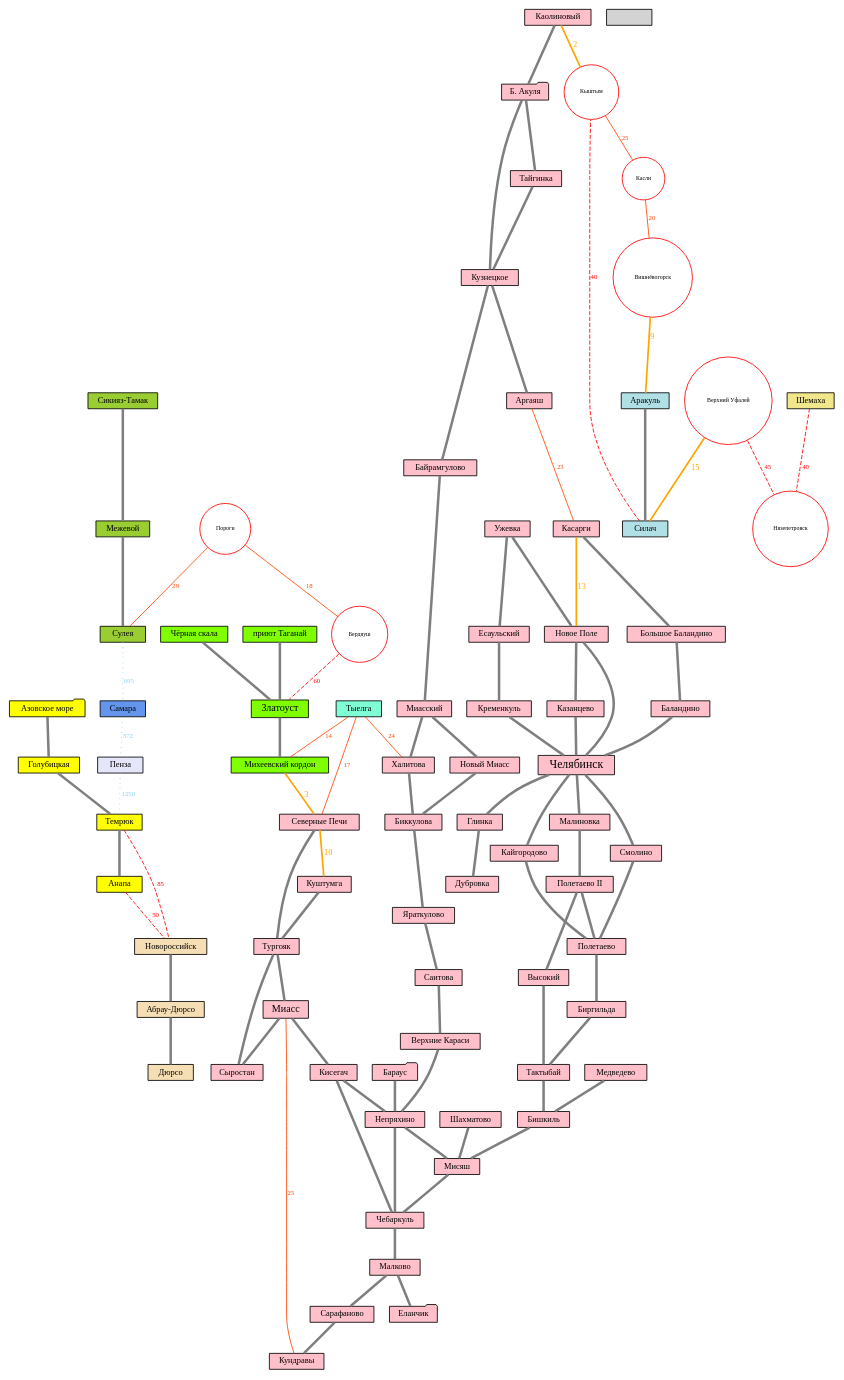
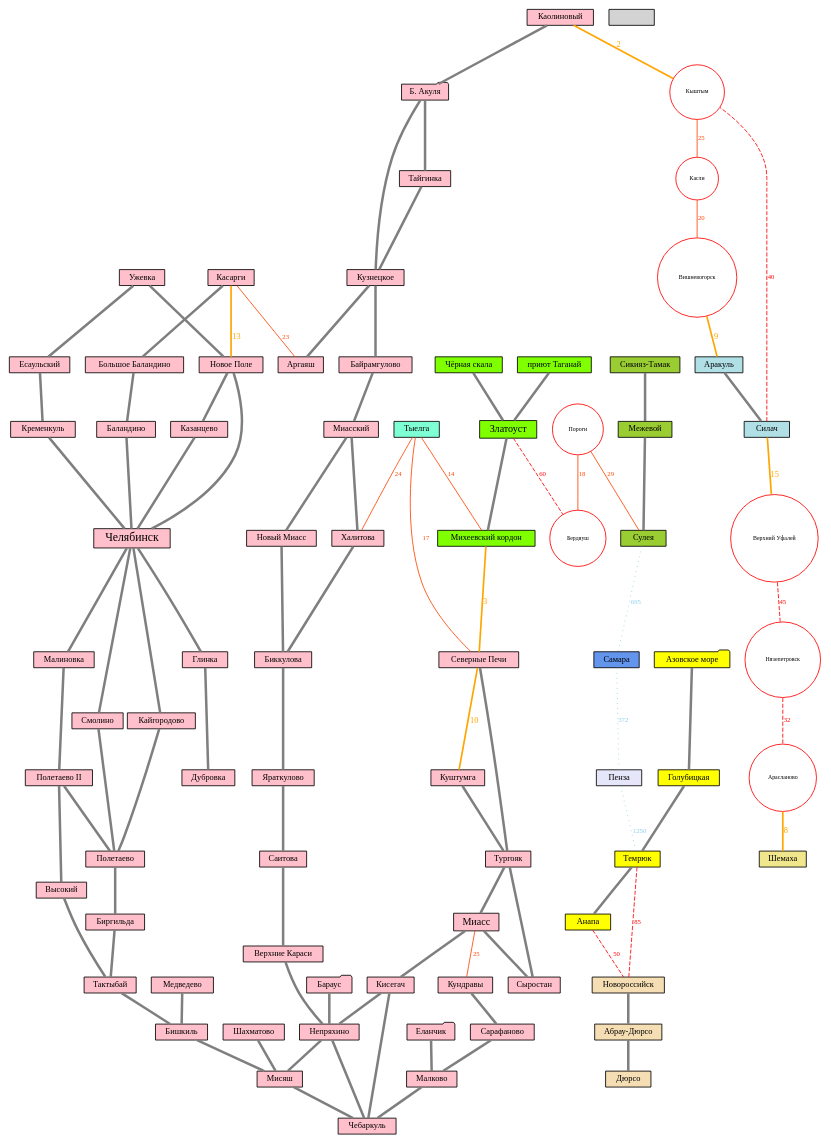
The diagram in bike-area.dot (shoorick/bike-area), drawn with Graphviz before and after one commit. The commit also changed 2 other files, not shown here.

```diff
--- a/bike-area.dot
+++ b/bike-area.dot
@@ -1,142 +1,143 @@
 graph G {
     node [ shape=box, fontsize=10, fontname="Droid Sans", style=filled, height=0.2 ]
     edge [ color=gray50, penwidth=3, fontname="Droid Sans" ]
     graph [ overlap=false ]
 
     subgraph main {
         node [ fillcolor=pink ]
+        Челябинск [ fontsize=14 ]
 
         "Б. Акуля" [ shape=folder ]
         "Бараус"   [ shape=folder ]
         "Еланчик"  [ shape=folder ]
 
-        Челябинск [ fontsize=14 ]
         Миасс [ fontsize=12 ]
         Челябинск -- Смолино -- Полетаево -- Биргильда -- Тактыбай -- Бишкиль -- Мисяш -- Чебаркуль
         Миасс -- Кисегач -- Чебаркуль
         Кисегач -- Непряхино -- Мисяш
         Шахматово -- Мисяш
         Медведево -- Бишкиль
         Челябинск -- Малиновка -- "Полетаево II" -- Высокий -- Тактыбай
         "Полетаево II" -- Полетаево
-        Каолиновый -- "Б. Акуля" -- Кузнецкое -- Байрамгулово -- Миасский -- "Новый Миасс" -- Биккулова -- Яраткулово -- Саитова -- "Верхние Караси" -- Непряхино -- Чебаркуль -- Малково -- Сарафаново -- Кундравы
-        Бараус -- Непряхино
+        Каолиновый -- "Б. Акуля" -- Кузнецкое -- Байрамгулово -- Миасский -- "Новый Миасс" -- Биккулова -- Яраткулово -- Саитова -- "Верхние Караси" -- Непряхино
+        Кундравы -- Сарафаново -- Малково
+        Бараус -- Непряхино -- Чебаркуль
         Миасский -- Халитова -- Биккулова
-        Малково -- Еланчик
+        Еланчик -- Малково -- Чебаркуль
         "Б. Акуля" -- Тайгинка -- Кузнецкое -- Аргаяш
         Челябинск -- Кайгородово -- Полетаево
         Ужевка -- Есаульский -- Кременкуль -- Челябинск
         Касарги -- "Большое Баландино" -- Баландино -- Челябинск
         "Северные Печи" -- Тургояк -- Миасс -- Сыростан
         Куштумга -- Тургояк -- Сыростан
         Ужевка -- "Новое Поле" -- Казанцево -- Челябинск
         "Новое Поле" -- Челябинск
         Челябинск -- Глинка -- Дубровка
     }
 
     subgraph north {
         node [ fillcolor=powderblue ]
 
         Аракуль -- Силач
     }
 
     subgraph penza {
         node [ fillcolor=lavender ]
 
         Пенза
     }
 
     subgraph samara {
         node [ fillcolor=cornflowerblue ]
 
         Самара
     }
 
     subgraph shemakha {
         node [ fillcolor=khaki ]
 
         Шемаха
     }
 
     subgraph mount {
         node [ fillcolor=chartreuse ]
         Златоуст [ fontsize=12 ]
 
         //"Чёрная скала" [ shape=hexagon, height=0.2 ]
         "Чёрная скала" -- Златоуст -- "Михеевский кордон"
         "приют Таганай" -- Златоуст
     }
 
     subgraph ai {
         node [ fillcolor=yellowgreen ]
 
         "Сикияз-Тамак" -- Межевой -- Сулея
     }
 
     subgraph south1 {
         node [ fillcolor=yellow ]
         "Азовское море" [ shape=folder ]
         "Азовское море" -- Голубицкая -- Темрюк -- Анапа
     }
 
     subgraph south2 {
         node [ fillcolor=wheat ]
 
         Новороссийск -- "Абрау-Дюрсо" -- Дюрсо
     }
 
     subgraph tyelga {
         node [ fillcolor=aquamarine ]
 
         Тыелга
     }
 
     subgraph failed_cities {
         node [ shape="circle",fillcolor="white",color="red",fontsize=7, height=0.1 ]
-        Кыштым Касли Пороги Бердяуш Вишнёвогорск Нязепетровск "Верхний Уфалей"
+        Кыштым Касли Пороги Бердяуш Вишневогорск
+        Арасланово Нязепетровск "Верхний Уфалей"
     }
 
     subgraph failed {
 
         // Ближние — можно пройти за час
         edge [ color=orange, fontcolor=orange, fontsize=10, penwidth=2 ]
         Каолиновый -- Кыштым [ label=2 ]
         "Михеевский кордон" -- "Северные Печи" [ label=3 ]
-        Вишнёвогорск -- Аракуль  [ label=9 ]
+        Вишневогорск -- Аракуль  [ label=9 ]
         "Северные Печи" -- Куштумга [ label=10 ]
         Касарги -- "Новое Поле" [ label=13 ]
-        "Верхний Уфалей" -- Силач [ label=15 ]
+        Силач -- "Верхний Уфалей" [ label=15 ]
+        Арасланово -- Шемаха [ label=8 ]
 
         // Ближние
         edge [ color=orangered, fontcolor=orangered, fontsize=8, penwidth=1 ]
         Пороги -- Бердяуш [ label=18 ]
-        Миасс -- Кундравы  [ label=25 ]
-        Аргаяш -- Касарги  [ label=23 ]
+        Миасс -- Кундравы [ label=25 ]
+        Касарги -- Аргаяш [ label=23 ]
         Пороги -- Сулея  [ label=29 ]
         Кыштым -- Касли  [ label=25 ]
-        Касли -- Вишнёвогорск [ label=20]
+        Касли -- Вишневогорск [ label=20]
         Тыелга -- "Михеевский кордон" [ label=14 ]
         Тыелга -- "Северные Печи" [ label=17 ]
         Тыелга -- Халитова [ label=24 ]
 
         // Средние — можно пройти за день
         edge [ color=red, fontcolor=red, style="dashed" ]
         Силач -- Кыштым  [ label=40 ]
         Анапа -- Новороссийск [ label=50 ]
-        Бердяуш -- Златоуст [ label=60 ]
-        Шемаха -- Нязепетровск [ label=40 ]
+        Златоуст -- Бердяуш [ label=60 ]
+        Нязепетровск -- Арасланово [ label=32 ]
         "Верхний Уфалей" -- Нязепетровск [ label=45 ]
         Темрюк -- Новороссийск [ label=85 ]
 
         // Дальние
         edge [ color=plum, fontcolor=plum, style="dotted" ]
 
         // Совсем дальние — нереально проехать
         edge [ color=skyblue, fontcolor=skyblue ]
         Самара -- Пенза [ label=372 ]
         Сулея -- Самара [ label=695 ]
         Пенза -- Темрюк [ label=1250 ]
     }
 }
-
-// https://gist.github.com/shoorick/6155062
```
